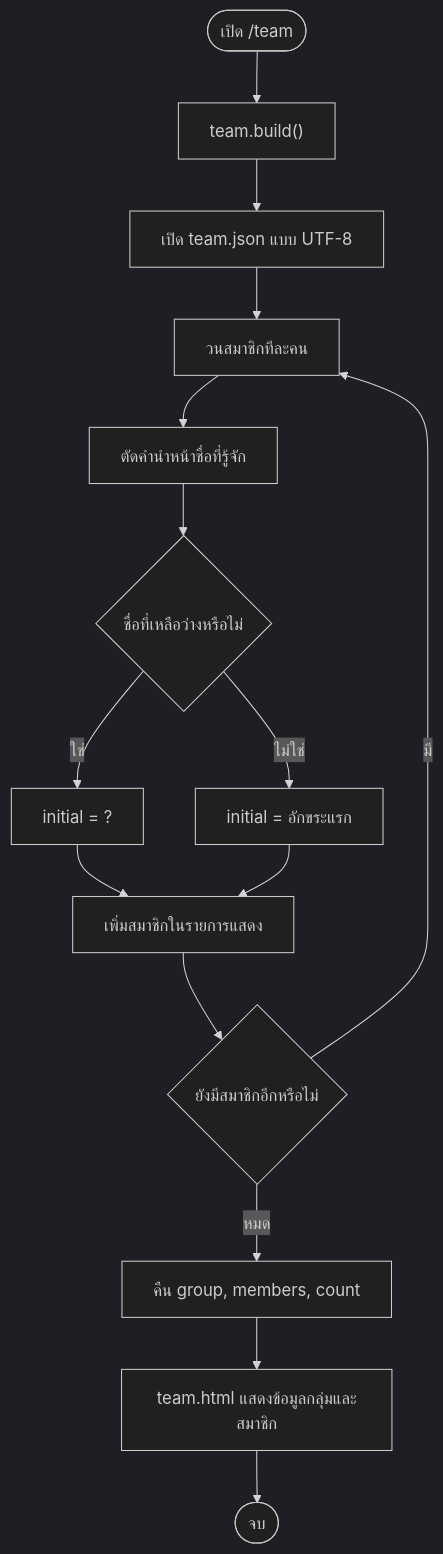
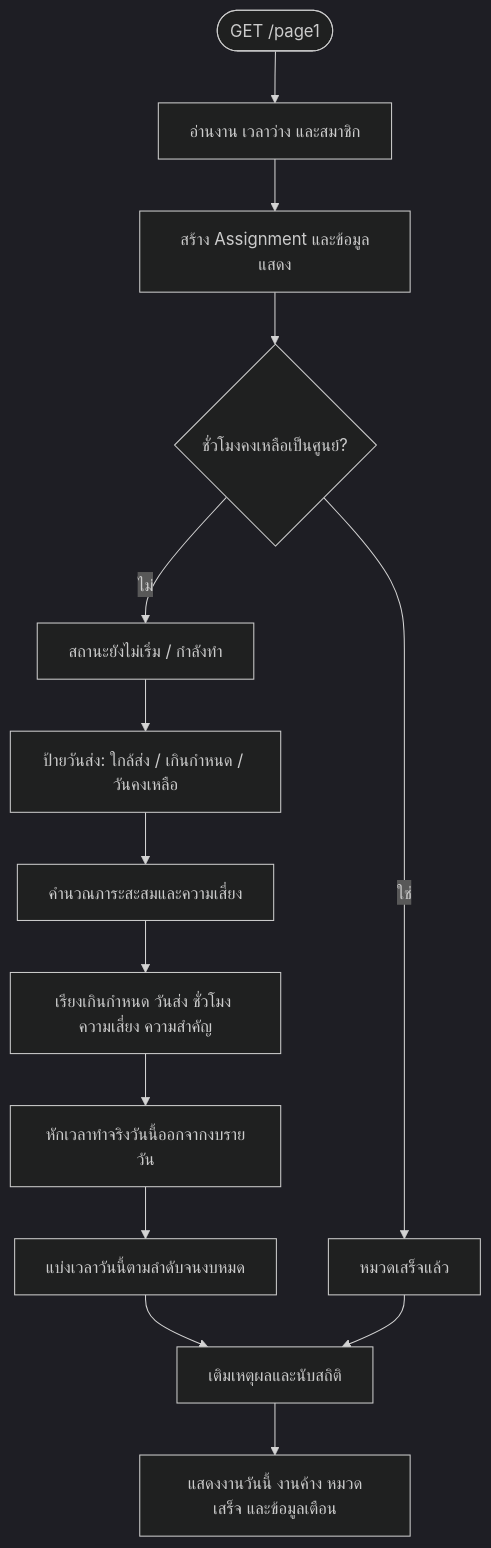
Before and after one commit to aiy157/ManagerTime: the third of 10 diagrams in docs/presentation/FLOWCHARTS.md, drawn with Mermaid (dark theme). The commit also changed other lines of this file and 68 other files, not shown here.

````diff
--- a/docs/presentation/FLOWCHARTS.md
+++ b/docs/presentation/FLOWCHARTS.md
@@ -48,17 +42,16 @@
 ```mermaid
 flowchart TD
-    A(["เปิด /team"]) --> B["team.build()"]
-    B --> C["เปิด team.json แบบ UTF-8"]
-    C --> D["วนสมาชิกทีละคน"]
-    D --> E["ตัดคำนำหน้าชื่อที่รู้จัก"]
-    E --> F{"ชื่อที่เหลือว่างหรือไม่"}
-    F -->|ใช่| G["initial = ?"]
-    F -->|ไม่ใช่| H["initial = อักขระแรก"]
-    G --> I["เพิ่มสมาชิกในรายการแสดง"]
-    H --> I
-    I --> J{"ยังมีสมาชิกอีกหรือไม่"}
-    J -->|มี| D
-    J -->|หมด| K["คืน group, members, count"]
-    K --> L["team.html แสดงข้อมูลกลุ่มและสมาชิก"]
-    L --> M(["จบ"])
+    A(["GET /page1"]) --> B["อ่านงาน เวลาว่าง และสมาชิก"]
+    B --> C["สร้าง Assignment และข้อมูลแสดง"]
+    C --> D{"ชั่วโมงคงเหลือเป็นศูนย์?"}
+    D -->|ใช่| E["หมวดเสร็จแล้ว"]
+    D -->|ไม่| F["สถานะยังไม่เริ่ม / กำลังทำ"]
+    F --> G["ป้ายวันส่ง: ใกล้ส่ง / เกินกำหนด / วันคงเหลือ"]
+    G --> H["คำนวณภาระสะสมและความเสี่ยง"]
+    H --> I["เรียงเกินกำหนด วันส่ง ชั่วโมง ความเสี่ยง ความสำคัญ"]
+    I --> J["หักเวลาทำจริงวันนี้ออกจากงบรายวัน"]
+    J --> K["แบ่งเวลาวันนี้ตามลำดับจนงบหมด"]
+    K --> L["เติมเหตุผลและนับสถิติ"]
+    E --> L
+    L --> M["แสดงงานวันนี้ งานค้าง หมวดเสร็จ และข้อมูลเตือน"]
 ```
````
